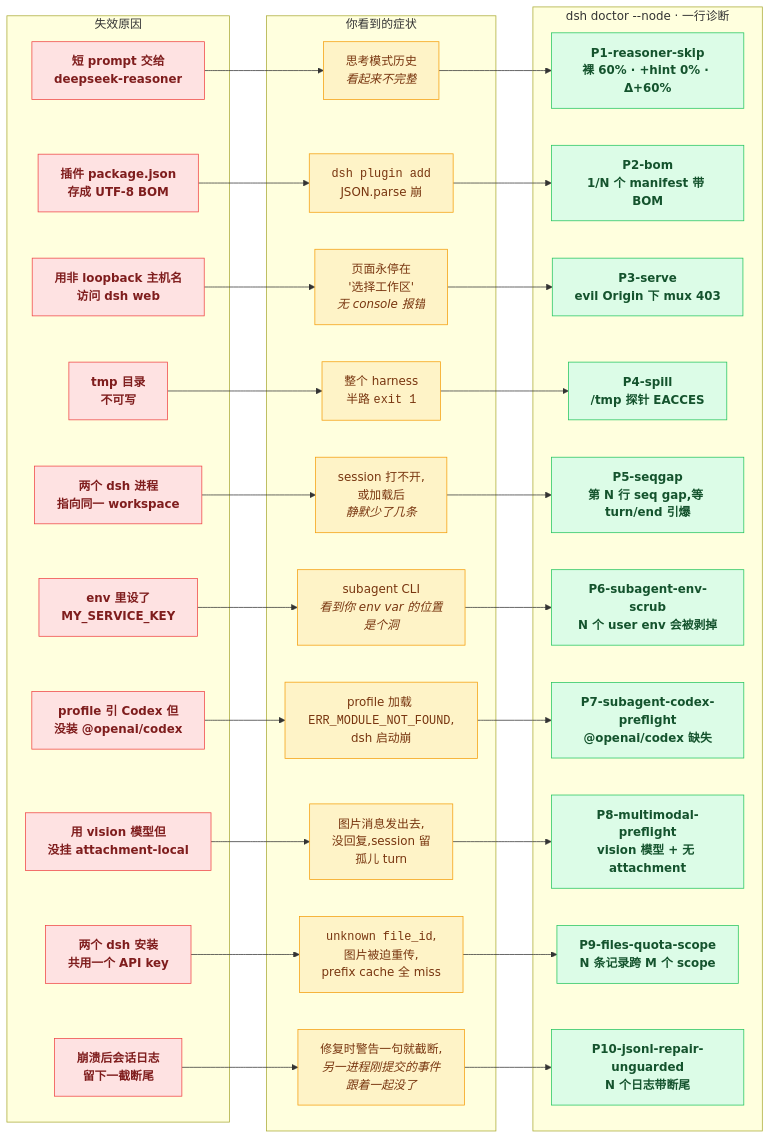
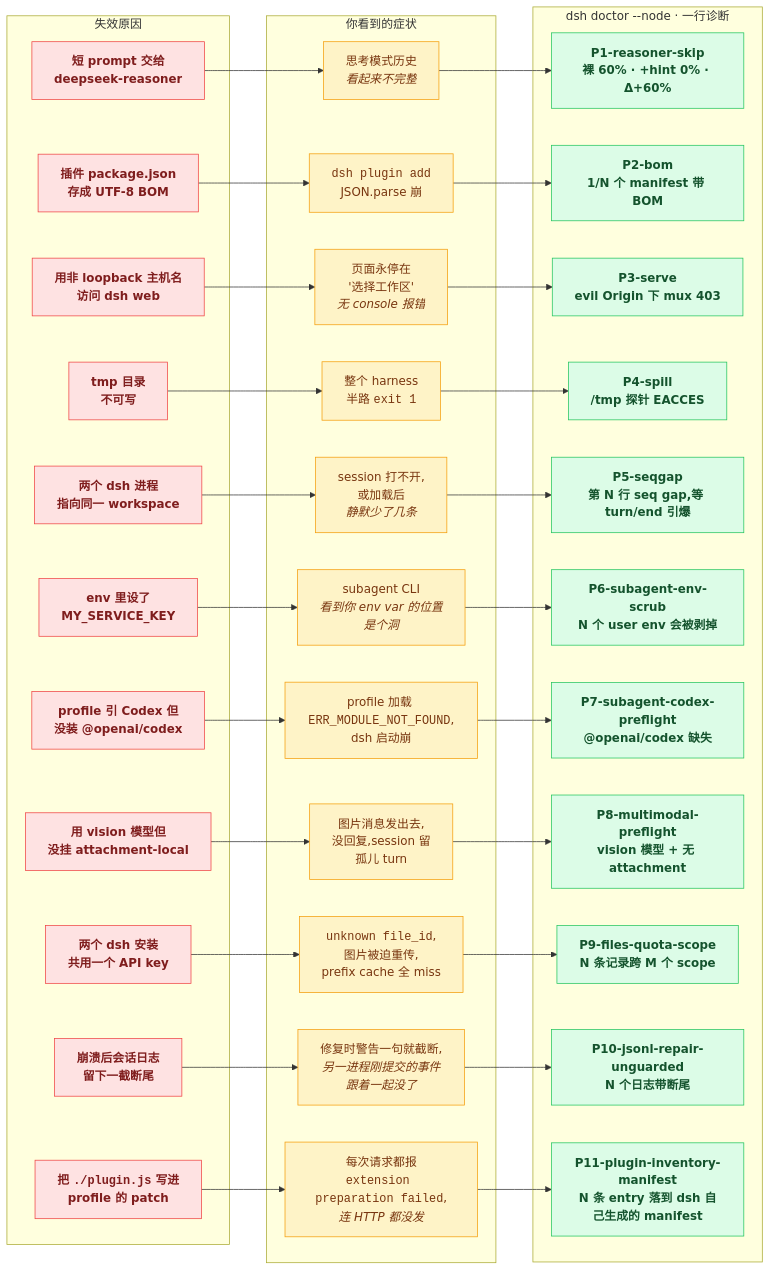
One commit to HenryZ838978/deepseek-harness changed the first of 4 diagrams in README.zh-CN.md. Above: the diagram before and after it, drawn with Mermaid. The commit also changed other lines of this file and 8 other files, not shown here.

````diff
--- a/README.zh-CN.md
+++ b/README.zh-CN.md
@@ -54,6 +54,7 @@
     F8["用 vision 模型但<br/>没挂 attachment-local"]:::fail
     F9["两个 dsh 安装<br/>共用一个 API key"]:::fail
     F10["崩溃后会话日志<br/>留下一截断尾"]:::fail
+    F11["把 <code>./plugin.js</code> 写进<br/>profile 的 patch"]:::fail
 
     S1["思考模式历史<br/><i>看起来不完整</i>"]:::sym
     S2["<code>dsh plugin add</code><br/>JSON.parse 崩"]:::sym
@@ -65,6 +66,7 @@
     S8["图片消息发出去,<br/>没回复,session 留<br/>孤儿 turn"]:::sym
     S9["<code>unknown file_id</code>,<br/>图片被迫重传,<br/>prefix cache 全 miss"]:::sym
     S10["修复时警告一句就截断,<br/><i>另一进程刚提交的事件<br/>跟着一起没了</i>"]:::sym
+    S11["每次请求都报<br/><code>extension preparation failed</code>,<br/><i>连 HTTP 都没发</i>"]:::sym
 
     D1["<b>P1-reasoner-skip</b><br/>裸 60% · +hint 0% · Δ+60%"]:::fix
     D2["<b>P2-bom</b><br/>1/N 个 manifest 带 BOM"]:::fix
@@ -76,6 +78,7 @@
     D8["<b>P8-multimodal-preflight</b><br/>vision 模型 + 无 attachment"]:::fix
     D9["<b>P9-files-quota-scope</b><br/>N 条记录跨 M 个 scope"]:::fix
     D10["<b>P10-jsonl-repair-unguarded</b><br/>N 个日志带断尾"]:::fix
+    D11["<b>P11-plugin-inventory-manifest</b><br/>N 条 entry 落到 dsh 自己生成的 manifest"]:::fix
 
     F1 --> S1 --> D1
     F2 --> S2 --> D2
@@ -87,6 +90,7 @@
     F8 --> S8 --> D8
     F9 --> S9 --> D9
     F10 --> S10 --> D10
+    F11 --> S11 --> D11
 
     subgraph L1["失效原因"]
       F1
@@ -99,6 +103,7 @@
       F8
       F9
       F10
+      F11
     end
     subgraph L2["你看到的症状"]
       S1
@@ -111,6 +116,7 @@
       S8
       S9
       S10
+      S11
     end
     subgraph L3["dsh doctor --node · 一行诊断"]
       D1
@@ -123,5 +129,6 @@
       D8
       D9
       D10
+      D11
     end
 ```
````
